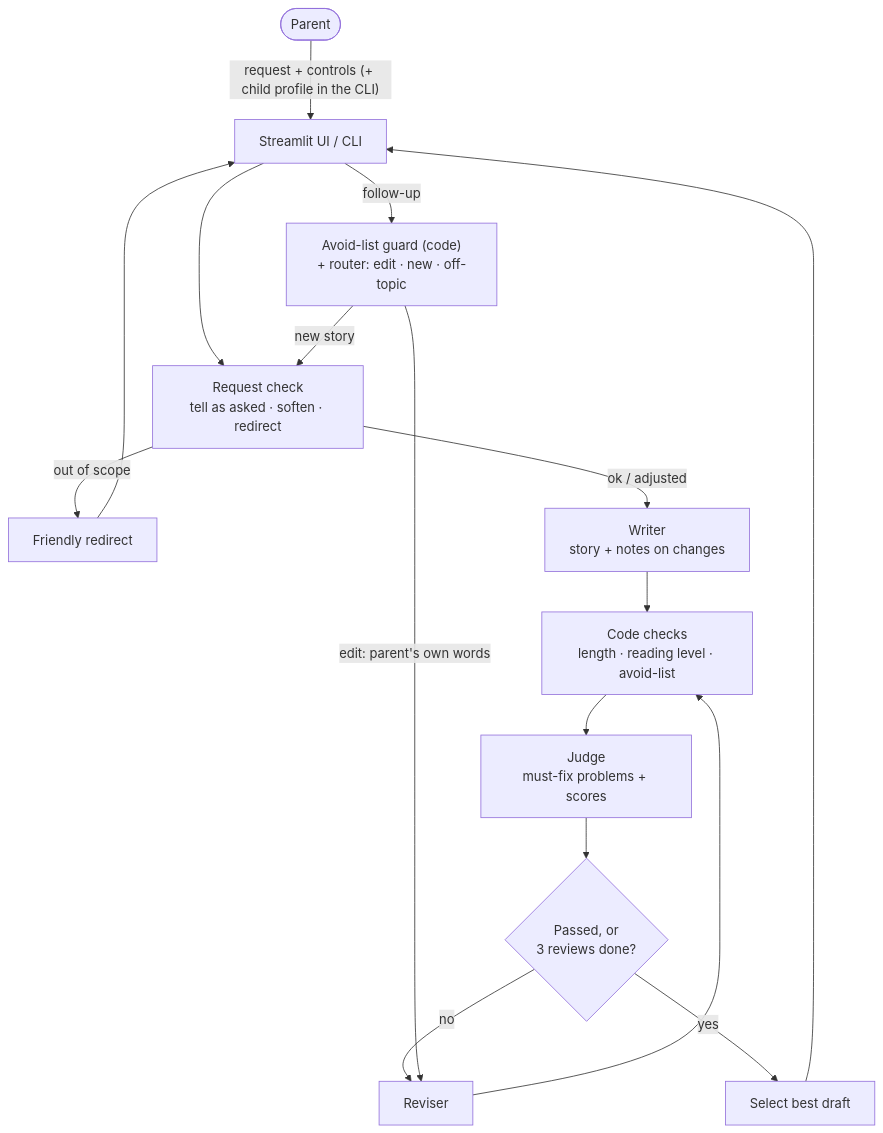
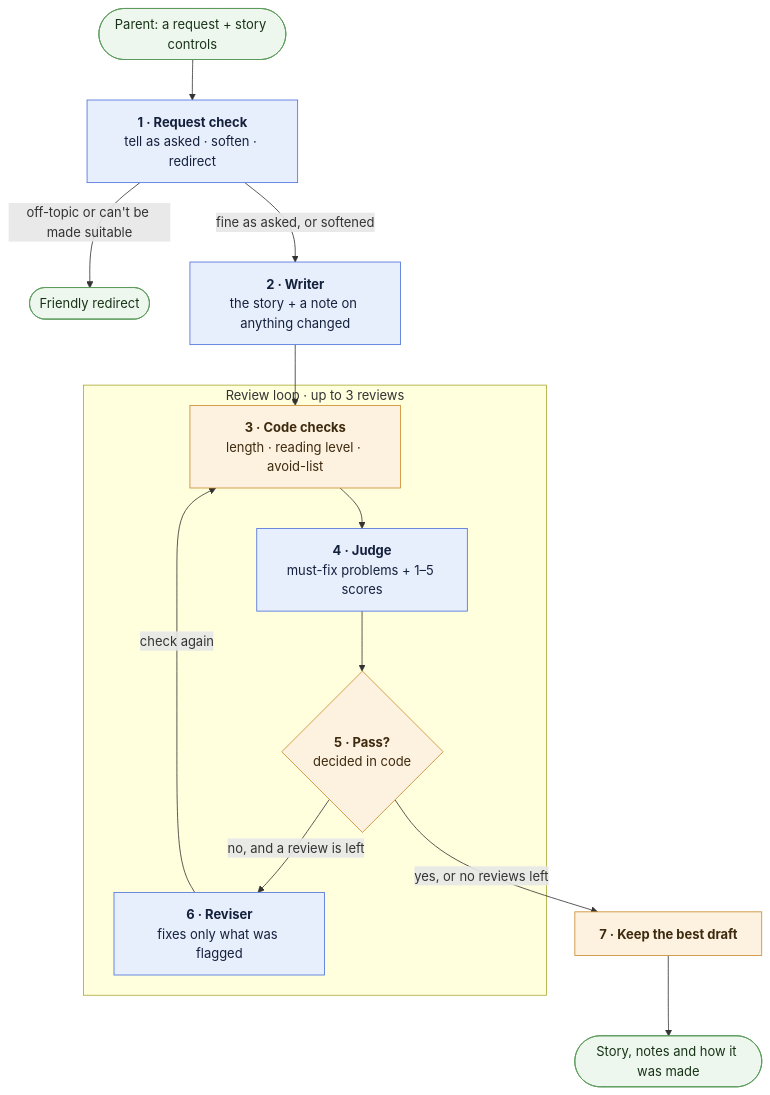
Before and after one commit to AdwaitMahadar/Bedtime-Stories: the first of 2 diagrams in docs/DESIGN.md, drawn with Mermaid. The commit also changed other lines of this file and 4 other files, not shown here.

````diff
--- a/docs/DESIGN.md
+++ b/docs/DESIGN.md
@@ -7,18 +9,32 @@
 ```mermaid
 flowchart TD
-    U(["Parent"]) -->|"request + controls (+ child profile in the CLI)"| UI["Streamlit UI / CLI"]
-    UI --> A["Request check<br/>tell as asked · soften · redirect"]
-    A -->|"out of scope"| X["Friendly redirect"]
-    X --> UI
-    A -->|"ok / adjusted"| W["Writer<br/>story + notes on changes"]
-    W --> C["Code checks<br/>length · reading level · avoid-list"]
-    C --> J["Judge<br/>must-fix problems + scores"]
-    J --> D{"Passed, or<br/>3 reviews done?"}
-    D -->|"no"| R["Reviser"]
-    R --> C
-    D -->|"yes"| S["Select best draft"]
-    S --> UI
-    UI -->|"follow-up"| G["Avoid-list guard (code)<br/>+ router: edit · new · off-topic"]
-    G -->|"edit: parent's own words"| R
-    G -->|"new story"| A
+    P(["Parent: a request + story controls"])
+    RC["<b>1 · Request check</b><br/>tell as asked · soften · redirect"]
+    X(["Friendly redirect"])
+    W["<b>2 · Writer</b><br/>the story + a note on anything changed"]
+    subgraph loop ["Review loop · up to 3 reviews"]
+        C["<b>3 · Code checks</b><br/>length · reading level · avoid-list"]
+        J["<b>4 · Judge</b><br/>must-fix problems + 1–5 scores"]
+        G{"<b>5 · Pass?</b><br/>decided in code"}
+        R["<b>6 · Reviser</b><br/>fixes only what was flagged"]
+        C --> J --> G
+        G -->|"no, and a review is left"| R
+        R -->|"check again"| C
+    end
+    B["<b>7 · Keep the best draft</b>"]
+    S(["Story, notes and how it was made"])
+
+    P --> RC
+    RC -->|"off-topic or can't be made suitable"| X
+    RC -->|"fine as asked, or softened"| W
+    W --> C
+    G -->|"yes, or no reviews left"| B
+    B --> S
+
+    classDef llm fill:#e7eefc,stroke:#4a6fdc,color:#14213d
+    classDef code fill:#fdf1df,stroke:#c98a2b,color:#3d2a0f
+    classDef io fill:#eef7ee,stroke:#5a9a5a,color:#173317
+    class RC,W,J,R llm
+    class C,G,B code
+    class P,X,S io
 ```
````
